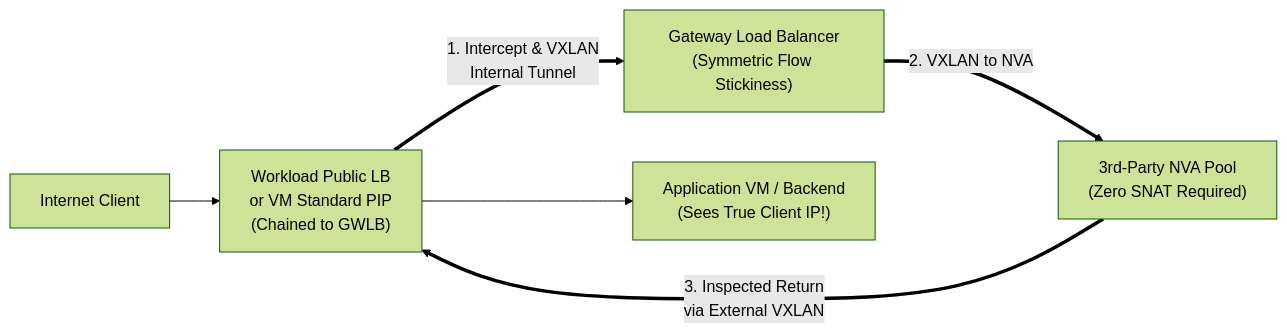
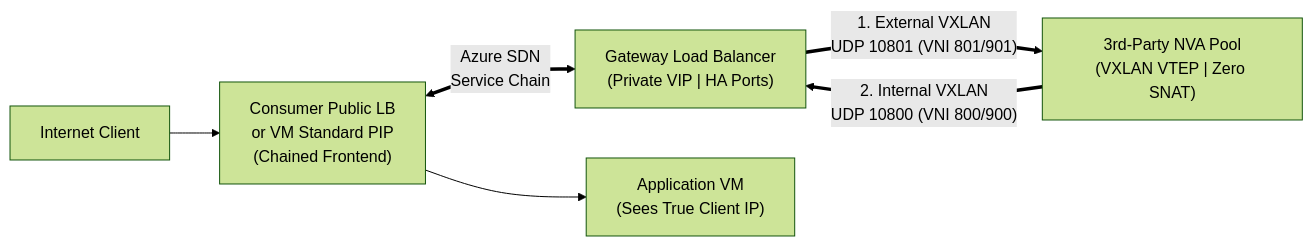
Before and after one commit to jonathan-vella/azure-networking: the second of 2 diagrams in src/content/docs/04-network-security/firewall-and-nva-patterns.md, drawn with Mermaid (forest theme). The commit also changed other lines of this file and 13 other files, not shown here.

````diff
--- a/src/content/docs/04-network-security/firewall-and-nva-patterns.md
+++ b/src/content/docs/04-network-security/firewall-and-nva-patterns.md
@@ -134,8 +170,8 @@
 ```mermaid
 flowchart LR
-  INET["Internet Client"] --> PIP["Workload Public LB<br/>or VM Standard PIP<br/>(Chained to GWLB)"]
-  PIP == "1. Intercept & VXLAN<br/>Internal Tunnel" ==> GWLB["Gateway Load Balancer<br/>(Symmetric Flow Stickiness)"]
-  GWLB == "2. VXLAN to NVA" ==> NVA["3rd-Party NVA Pool<br/>(Zero SNAT Required)"]
-  NVA == "3. Inspected Return<br/>via External VXLAN" ==> PIP
-  PIP --> APP["Application VM / Backend<br/>(Sees True Client IP!)"]
+  INET["Internet Client"] --> PIP["Consumer Public LB<br/>or VM Standard PIP<br/>(Chained Frontend)"]
+  PIP <== "Azure SDN<br/>Service Chain" ==> GWLB["Gateway Load Balancer<br/>(Private VIP | HA Ports)"]
+  GWLB == "1. External VXLAN<br/>UDP 10801 (VNI 801/901)" ==> NVA["3rd-Party NVA Pool<br/>(VXLAN VTEP | Zero SNAT)"]
+  NVA == "2. Internal VXLAN<br/>UDP 10800 (VNI 800/900)" ==> GWLB
+  PIP --> APP["Application VM<br/>(Sees True Client IP)"]
 ```
````
